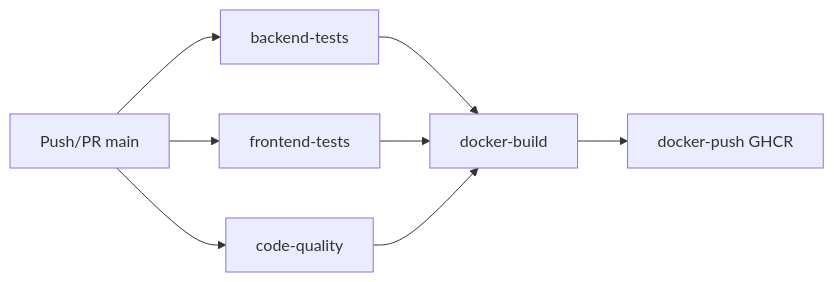
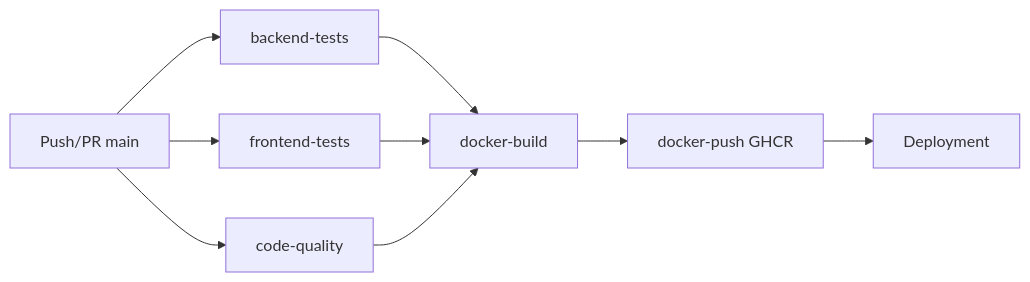
Before and after one commit to Oggye/MSPR_1_B3: the fourth of 4 diagrams in docs/rapport_technique.md, drawn with Mermaid.

Commit message:
commit sur la docs

````diff
--- a/docs/rapport_technique.md
+++ b/docs/rapport_technique.md
@@ -399,10 +399,11 @@
 ```mermaid
 graph LR
   A[Push/PR main] --> B[backend-tests]
   A --> C[frontend-tests]
   A --> D[code-quality]
   B --> E[docker-build]
   C --> E
   D --> E
   E --> F[docker-push GHCR]
+  F --> G[Deployment]
 ```
````
